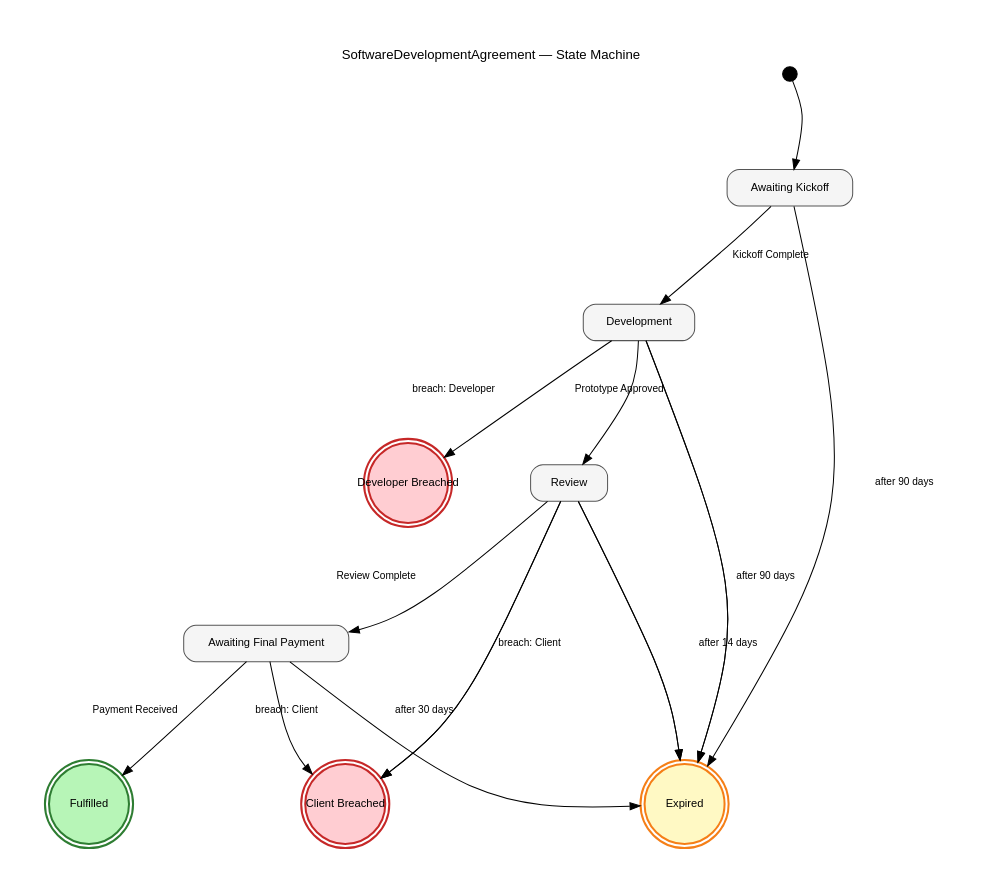
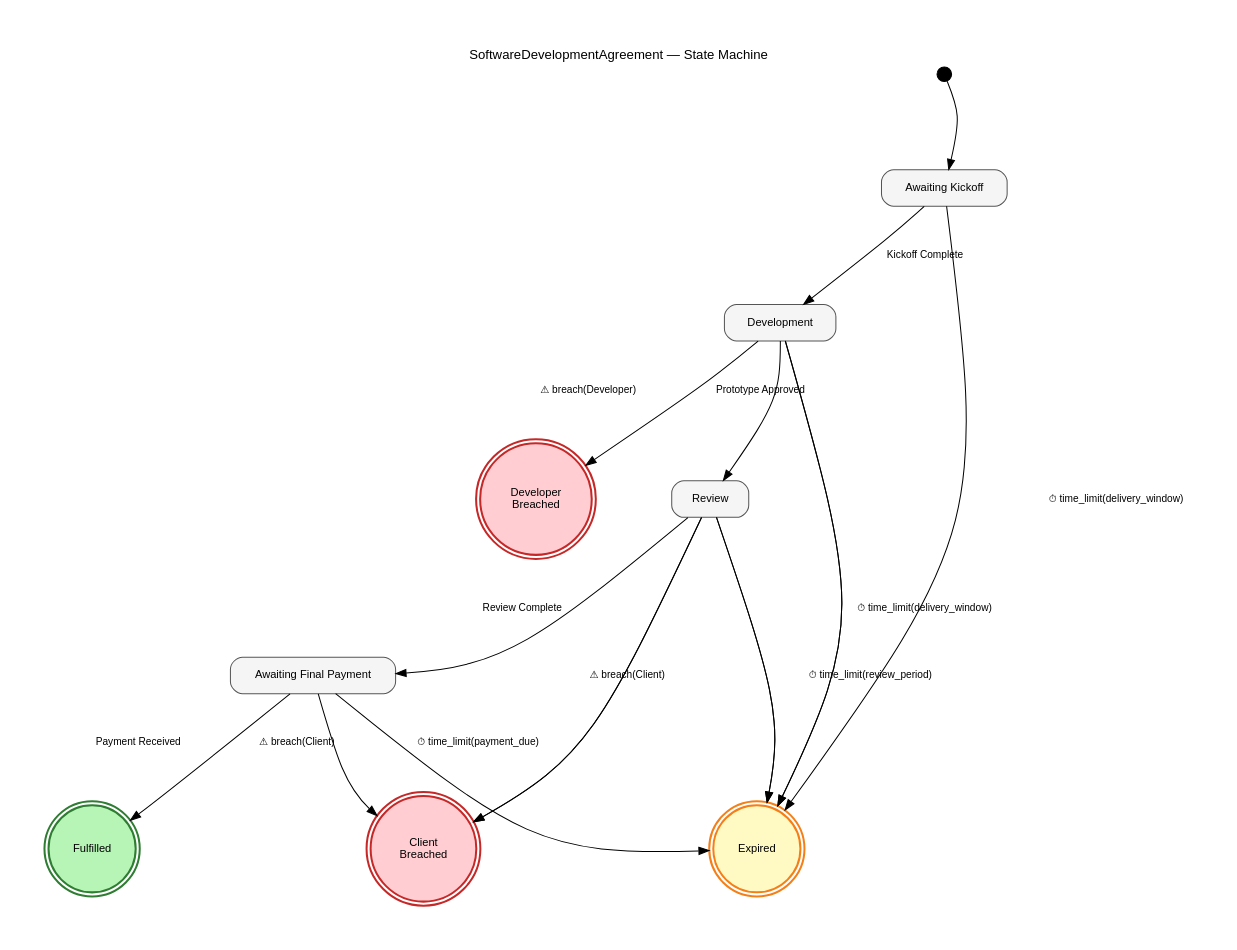
One commit to codeNinja62/LexScript changed the diagram in examples/software_dev.dot. Above: the diagram before and after it, drawn with Graphviz. The commit also changed 3 other files, not shown here.

Commit message:
Fix terminal node label overflow: wrap words with newline, remove fixedsize

```diff
--- a/examples/software_dev.dot
+++ b/examples/software_dev.dot
@@ -1,37 +1,37 @@
 digraph SoftwareDevelopmentAgreement {
     rankdir=TB;
     splines=curved;
     concentrate=true;
     nodesep=0.9;
     ranksep=1.2;
     graph [fontname="Helvetica" fontsize=13 label="SoftwareDevelopmentAgreement — State Machine" labelloc=t labeljust=c pad=0.5];
     node  [fontname="Helvetica" fontsize=11 margin="0.25,0.15"];
     edge  [fontname="Helvetica" fontsize=10];
 
     // Entry point
     __start [label="" shape=point width=0.2];
     __start -> AwaitingKickoff;
 
     // States
     AwaitingKickoff [label="Awaiting Kickoff" shape=box style="rounded,filled" fillcolor="#f5f5f5" color="#555555"];
     Development [label="Development" shape=box style="rounded,filled" fillcolor="#f5f5f5" color="#555555"];
     Review [label="Review" shape=box style="rounded,filled" fillcolor="#f5f5f5" color="#555555"];
     AwaitingFinalPayment [label="Awaiting Final Payment" shape=box style="rounded,filled" fillcolor="#f5f5f5" color="#555555"];
-    Fulfilled [label="Fulfilled" shape=doublecircle style=filled fillcolor="#b7f5b7" color="#2e7d32" penwidth=2 width=1.1 height=1.1 fixedsize=true];
-    DeveloperBreached [label="Developer Breached" shape=doublecircle style=filled fillcolor="#ffcdd2" color="#c62828" penwidth=2 width=1.1 height=1.1 fixedsize=true];
-    ClientBreached [label="Client Breached" shape=doublecircle style=filled fillcolor="#ffcdd2" color="#c62828" penwidth=2 width=1.1 height=1.1 fixedsize=true];
-    Expired [label="Expired" shape=doublecircle style=filled fillcolor="#fff9c4" color="#f57f17" penwidth=2 width=1.1 height=1.1 fixedsize=true];
+    Fulfilled [label="Fulfilled" shape=doublecircle style=filled fillcolor="#b7f5b7" color="#2e7d32" penwidth=2 width=1.2 height=1.2];
+    DeveloperBreached [label="Developer\nBreached" shape=doublecircle style=filled fillcolor="#ffcdd2" color="#c62828" penwidth=2 width=1.2 height=1.2];
+    ClientBreached [label="Client\nBreached" shape=doublecircle style=filled fillcolor="#ffcdd2" color="#c62828" penwidth=2 width=1.2 height=1.2];
+    Expired [label="Expired" shape=doublecircle style=filled fillcolor="#fff9c4" color="#f57f17" penwidth=2 width=1.2 height=1.2];
 
     // Transitions
-    AwaitingKickoff -> Development [label="Kickoff Complete"]
-    AwaitingKickoff -> Expired [label="after 90 days"]
-    Development -> Review [label="Prototype Approved"]
-    Development -> DeveloperBreached [label="breach: Developer"]
-    Development -> Expired [label="after 90 days"]
-    Review -> AwaitingFinalPayment [label="Review Complete"]
-    Review -> ClientBreached [label="breach: Client"]
-    Review -> Expired [label="after 14 days"]
-    AwaitingFinalPayment -> Fulfilled [label="Payment Received"]
-    AwaitingFinalPayment -> Expired [label="after 30 days"]
-    AwaitingFinalPayment -> ClientBreached [label="breach: Client"]
+    AwaitingKickoff -> Development [label="Kickoff Complete"];
+    AwaitingKickoff -> Expired [label="⏱ time_limit(delivery_window)"];
+    Development -> Review [label="Prototype Approved"];
+    Development -> DeveloperBreached [label="⚠ breach(Developer)"];
+    Development -> Expired [label="⏱ time_limit(delivery_window)"];
+    Review -> AwaitingFinalPayment [label="Review Complete"];
+    Review -> ClientBreached [label="⚠ breach(Client)"];
+    Review -> Expired [label="⏱ time_limit(review_period)"];
+    AwaitingFinalPayment -> Fulfilled [label="Payment Received"];
+    AwaitingFinalPayment -> Expired [label="⏱ time_limit(payment_due)"];
+    AwaitingFinalPayment -> ClientBreached [label="⚠ breach(Client)"];
 }
```
